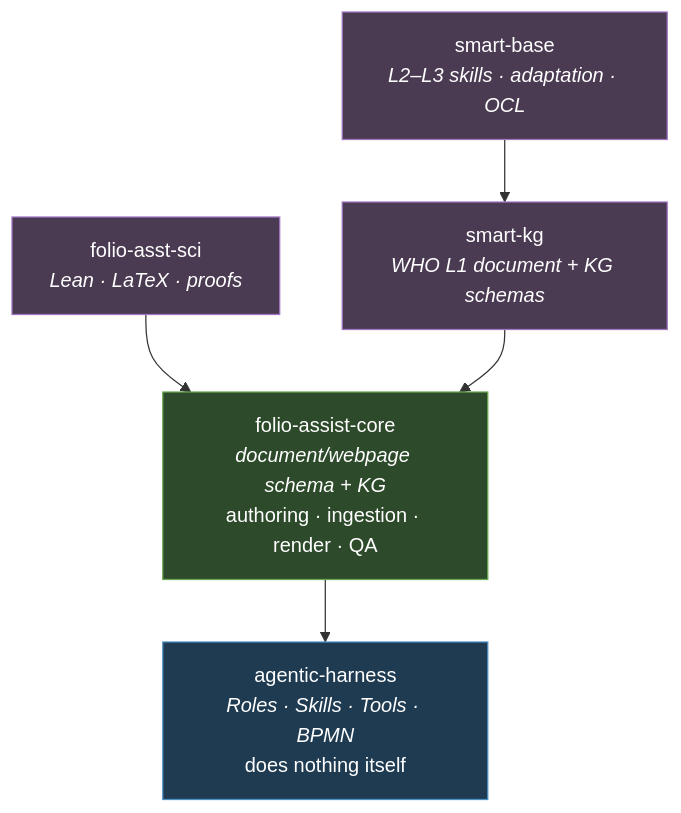
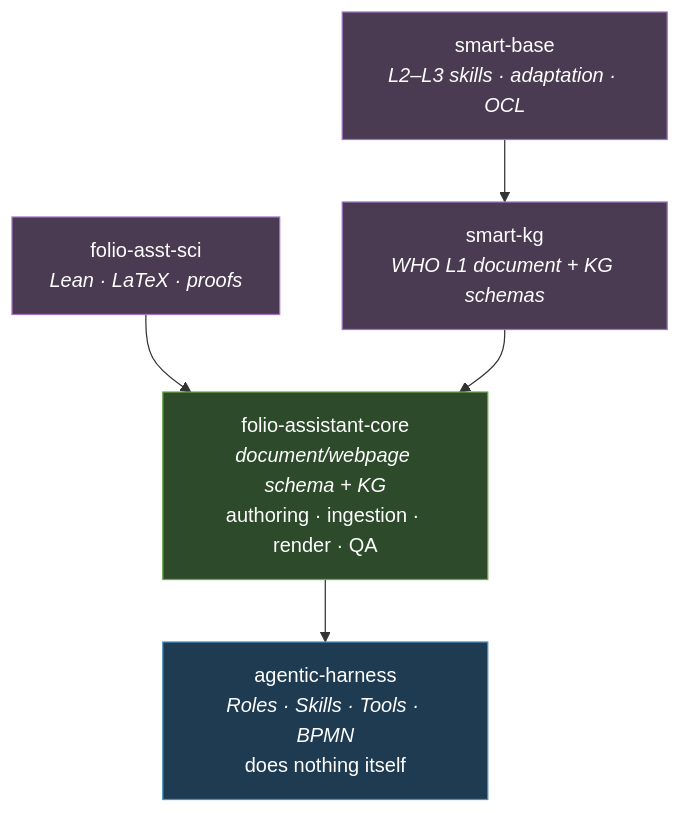
One commit to litlfred/folio-assistant changed the diagram in cat-harness/docs/architecture/future-state.md. Above: the diagram before and after it, drawn with Mermaid. The commit also changed other lines of this file and 203 other files, not shown here.

````diff
--- a/cat-harness/docs/architecture/future-state.md
+++ b/cat-harness/docs/architecture/future-state.md
@@ -27,20 +27,20 @@
 ```mermaid
 flowchart TD
     AH[agentic-harness<br/><i>Roles · Skills · Tools · BPMN</i><br/>does nothing itself]
-    CORE[folio-assist-core<br/><i>document/webpage schema + KG</i><br/>authoring · ingestion · render · QA]
+    CORE[folio-assistant-core<br/><i>document/webpage schema + KG</i><br/>authoring · ingestion · render · QA]
     SCI[folio-asst-sci<br/><i>Lean · LaTeX · proofs</i>]
     KG[smart-kg<br/><i>WHO L1 document + KG schemas</i>]
     BASE[smart-base<br/><i>L2–L3 skills · adaptation · OCL</i>]
 
     CORE --> AH
     SCI --> CORE
     KG --> CORE
     BASE --> KG
 
     classDef harness fill:#1f3b52,stroke:#4a90c2,color:#fff
     classDef core fill:#2d4a2b,stroke:#6aa84f,color:#fff
     classDef leaf fill:#4a3b52,stroke:#a274c2,color:#fff
     class AH harness
     class CORE core
     class SCI,KG,BASE leaf
 ```
````
